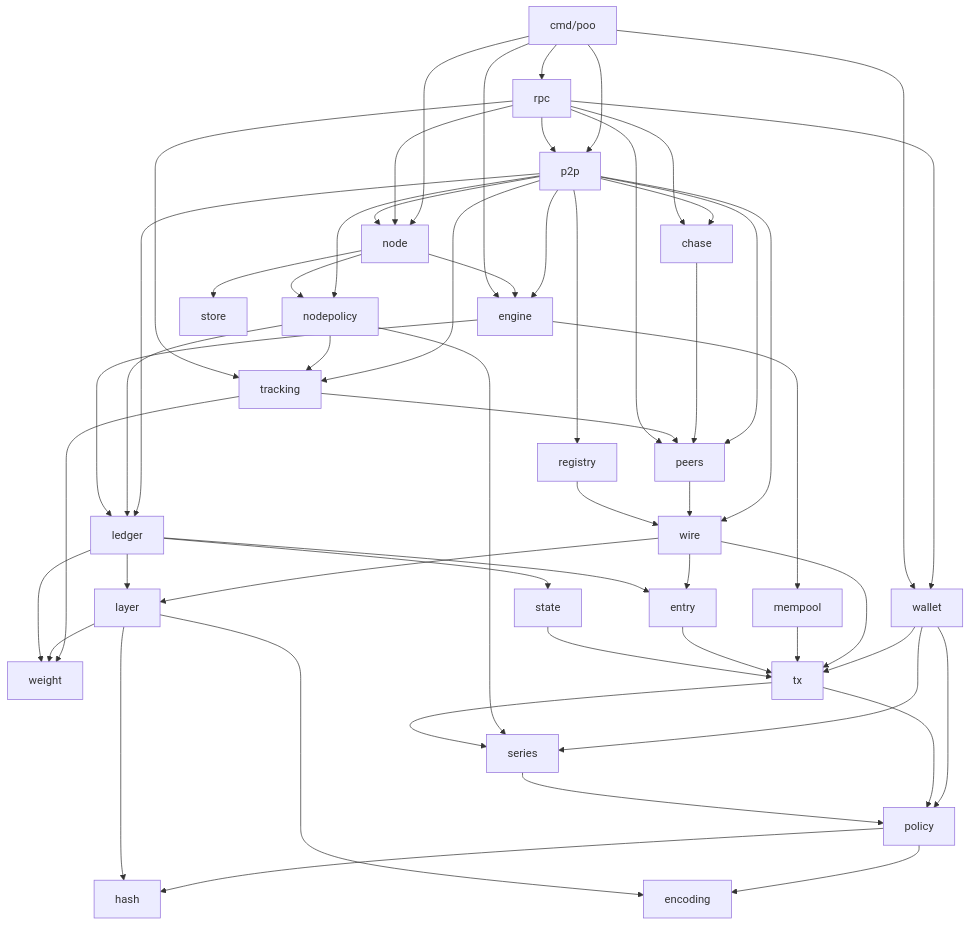
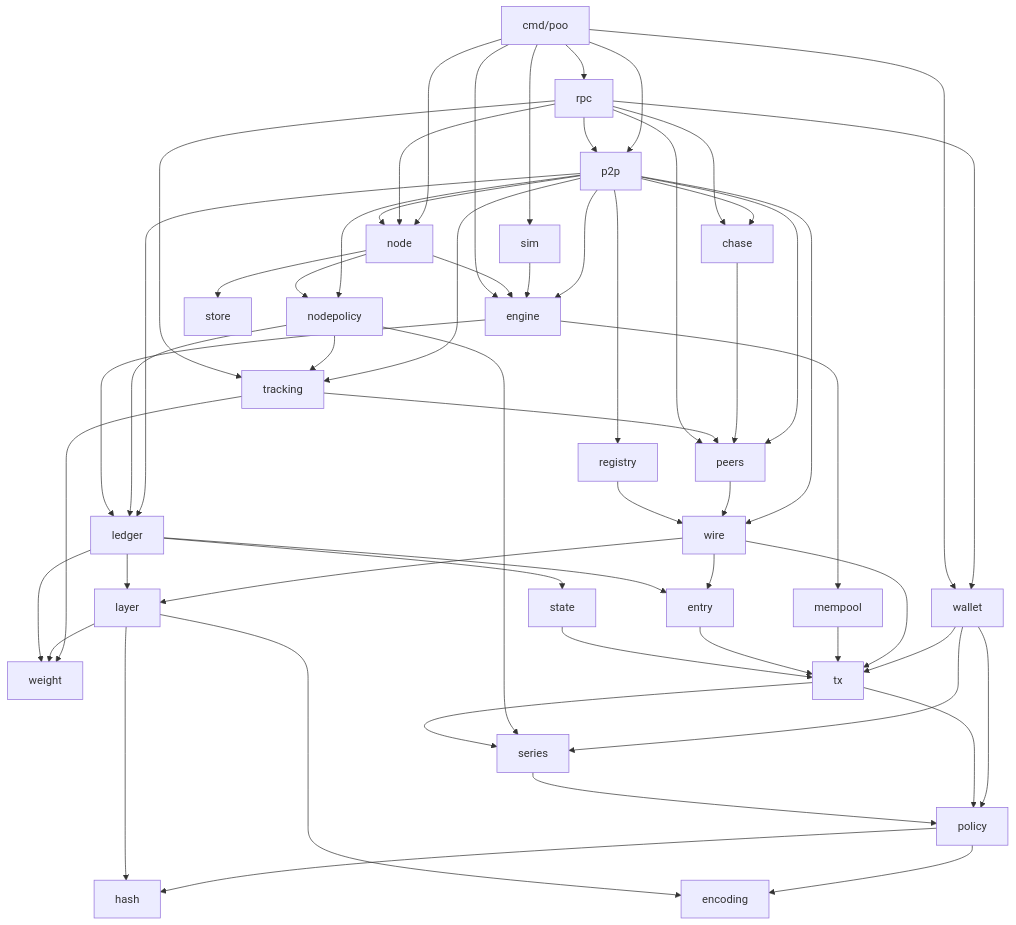
Before and after one commit to JogginTheNoggin/crypto-mint-net: the first of 2 diagrams in docs/architecture.md, drawn with Mermaid. The commit also changed other lines of this file and 11 other files, not shown here.

````diff
--- a/docs/architecture.md
+++ b/docs/architecture.md
@@ -27,57 +27,59 @@
 ```mermaid
 graph TD
   cmd[cmd/poo] --> rpc
   cmd --> node
   cmd --> p2p
   rpc --> node
   rpc --> p2p
   p2p --> node
   p2p --> wire
   p2p --> engine
   p2p --> ledger
   p2p --> nodepolicy
   p2p --> peers
   p2p --> registry
   p2p --> tracking
   p2p --> chase
   chase --> peers
   tracking --> peers
   tracking --> weight
   nodepolicy --> tracking
   rpc --> tracking
   rpc --> chase
   peers --> wire
   registry --> wire
   rpc --> peers
   rpc --> wallet
   cmd --> wallet
+  cmd --> sim
+  sim --> engine
   wallet --> policy
   wallet --> tx
   wallet --> series
   wire --> entry
   wire --> layer
   wire --> tx
   node --> engine
   node --> store
   node --> nodepolicy
   nodepolicy --> ledger
   nodepolicy --> series
   cmd --> engine
   engine --> ledger
   engine --> mempool
   ledger --> entry
   ledger --> layer
   ledger --> state
   mempool --> tx
   entry --> tx
   state --> tx
   tx --> series
   tx --> policy
   series --> policy
   layer --> weight
   ledger --> weight
   policy --> hash
   policy --> encoding
   layer --> hash
   layer --> encoding
 ```
````
